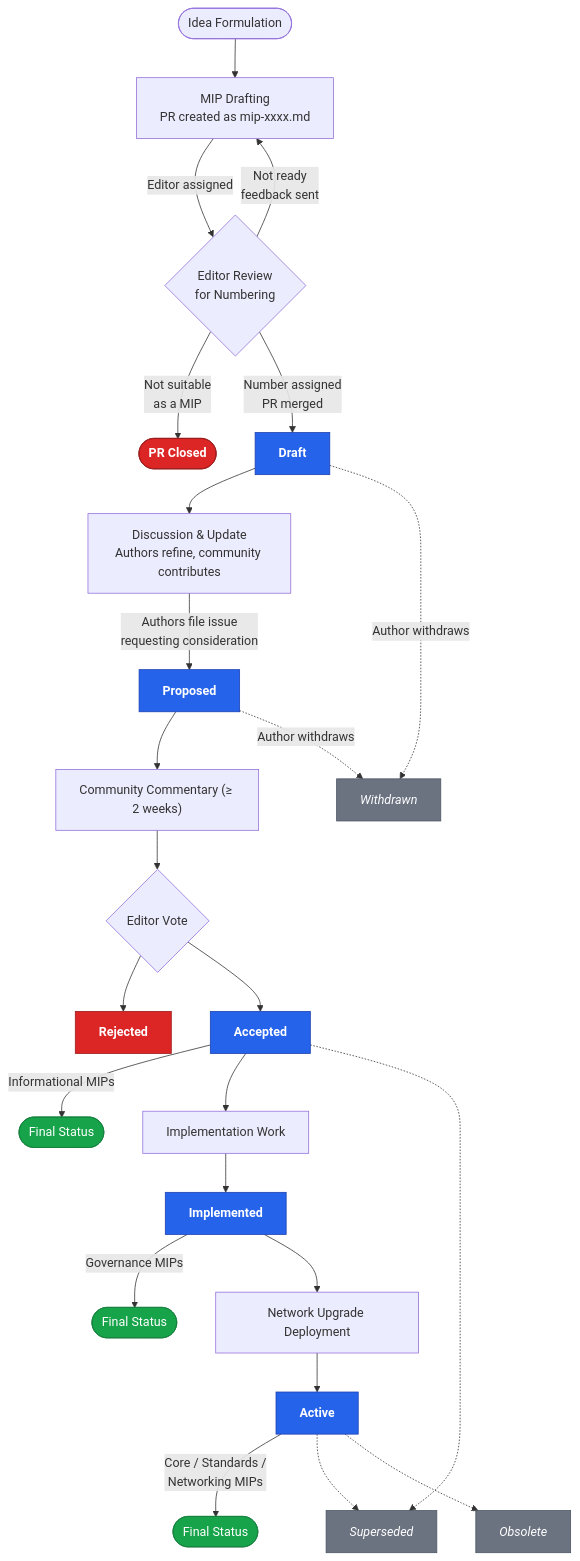
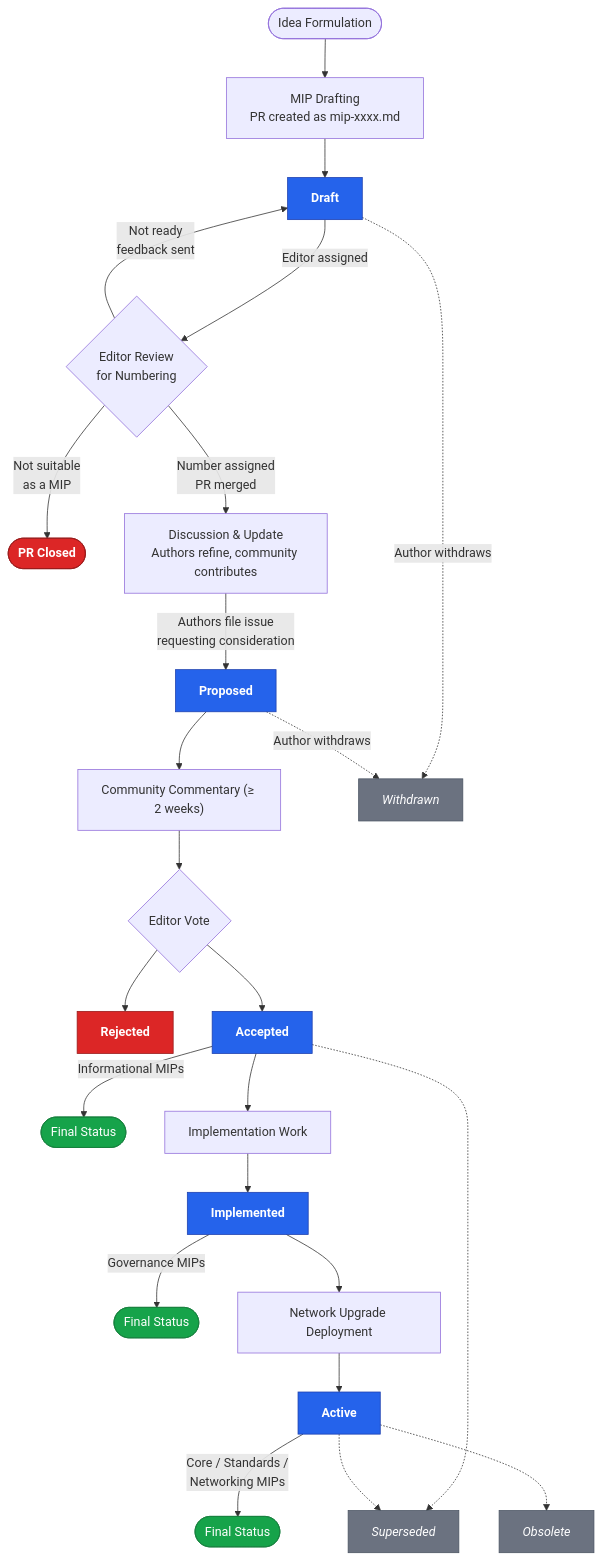
One commit to midnightntwrk/midnight-improvement-proposals changed the diagram in mips/mip-0001-Midnight-Improvement-Proposal-Process.md. Above: the diagram before and after it, drawn with Mermaid.

Commit message:
Fix Mermaid diagram: Draft status now appears at MIP creation
Draft node moved before Editor Review to correctly reflect that
the MIP enters Draft status when the PR is created, not after
editor numbering. Feedback loop now returns to Draft.

````diff
--- a/mips/mip-0001-Midnight-Improvement-Proposal-Process.md
+++ b/mips/mip-0001-Midnight-Improvement-Proposal-Process.md
@@ -63,45 +63,45 @@
 ```mermaid
 flowchart TD
     %% Process steps
     A([Idea Formulation]) --> B[MIP Drafting<br/>PR created as mip-xxxx.md]
-    B -->|Editor assigned| C{Editor Review<br/>for Numbering}
-    C -->|Not ready<br/>feedback sent| B
-    C -->|Not suitable<br/>as a MIP| Closed([PR Closed]):::rejected
-    C -->|Number assigned<br/>PR merged| Draft
+    B --> Draft
 
     %% Status: Draft
-    Draft[Draft]:::status --> D[Discussion & Update<br/>Authors refine, community contributes]
+    Draft[Draft]:::status -->|Editor assigned| C{Editor Review<br/>for Numbering}
+    C -->|Not ready<br/>feedback sent| Draft
+    C -->|Not suitable<br/>as a MIP| Closed([PR Closed]):::rejected
+    C -->|Number assigned<br/>PR merged| D[Discussion & Update<br/>Authors refine, community contributes]
     D -->|Authors file issue<br/>requesting consideration| Proposed
 
     %% Status: Proposed
     Proposed[Proposed]:::status --> E["Community Commentary (≥ 2 weeks)"]
     E --> F{Editor Vote}
     F --> Rejected[Rejected]:::rejected
     F --> Accepted
 
     %% Status: Accepted
     Accepted[Accepted]:::status -->|Informational MIPs| Final1([Final Status]):::final
     Accepted --> G[Implementation Work]
 
     %% Status: Implemented
     G --> Implemented[Implemented]:::status
     Implemented -->|Governance MIPs| Final2([Final Status]):::final
     Implemented --> H[Network Upgrade Deployment]
 
     %% Status: Active
     H --> Active[Active]:::status
     Active -->|Core / Standards /<br/>Networking MIPs| Final3([Final Status]):::final
 
     %% Special statuses (exceptional transitions)
     Draft -.->|Author withdraws| Withdrawn[Withdrawn]:::special
     Proposed -.->|Author withdraws| Withdrawn
     Accepted -.-> Superseded[Superseded]:::special
     Active -.-> Superseded
     Active -.-> Obsolete[Obsolete]:::special
 
     %% Styling
     classDef status fill:#2563eb,stroke:#1e40af,color:#fff,font-weight:bold
     classDef rejected fill:#dc2626,stroke:#991b1b,color:#fff,font-weight:bold
     classDef special fill:#6b7280,stroke:#4b5563,color:#fff,font-style:italic
     classDef final fill:#16a34a,stroke:#15803d,color:#fff
 ```
````
